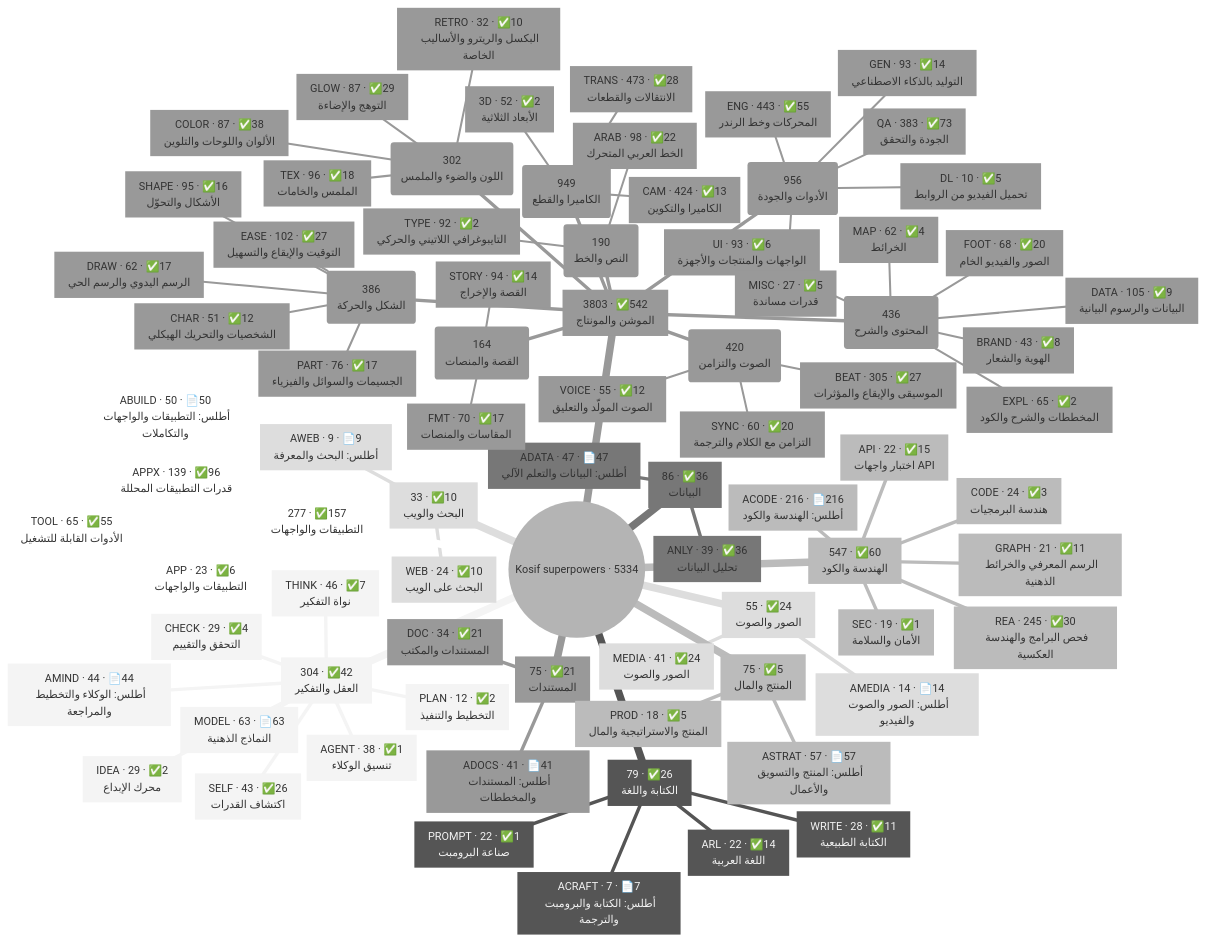
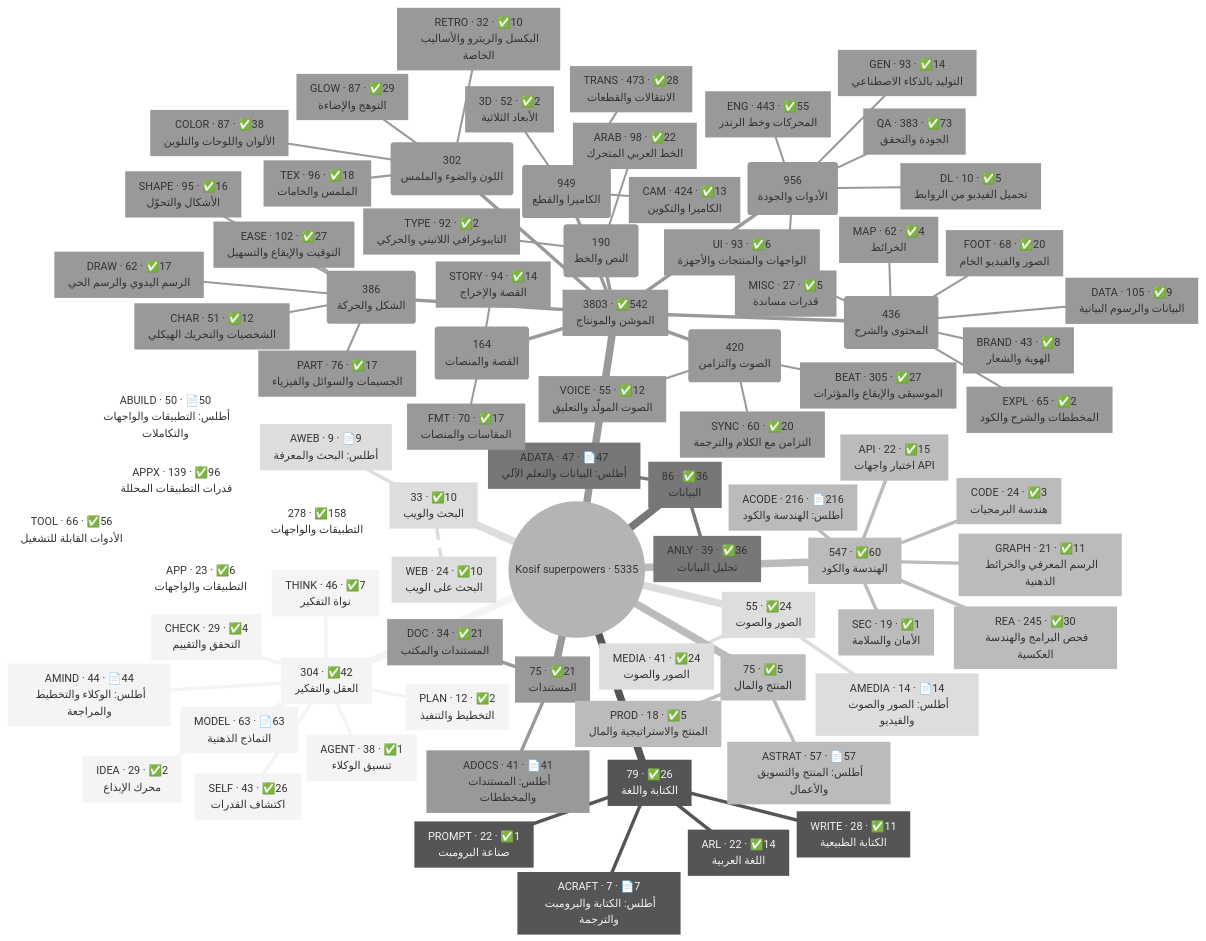
Before and after one commit to kosif199022-jpg/kosif-tool: the first of 2 diagrams in .claude/skills/kosif-superpowers/references/capability-map.md, drawn with Mermaid (neutral theme). The commit also changed other lines of this file and 37 other files, not shown here.

````diff
--- a/.claude/skills/kosif-superpowers/references/capability-map.md
+++ b/.claude/skills/kosif-superpowers/references/capability-map.md
@@ -18,6 +18,6 @@
 ```mermaid
 mindmap
-  root((Kosif superpowers · 5334))
+  root((Kosif superpowers · 5335))
     n1["`304 · ✅42
 العقل والتفكير`"]
       n2["`MODEL · 63 · 📄63
@@ -78,11 +78,11 @@
 البحث على الويب`"]
       n30["`AWEB · 9 · 📄9
 أطلس: البحث والمعرفة`"]
-    n31["`277 · ✅157
+    n31["`278 · ✅158
 التطبيقات والواجهات`"]
       n32["`APPX · 139 · ✅96
 قدرات التطبيقات المحللة`"]
-      n33["`TOOL · 65 · ✅55
+      n33["`TOOL · 66 · ✅56
 الأدوات القابلة للتشغيل`"]
       n34["`ABUILD · 50 · 📄50
 أطلس: التطبيقات والواجهات والتكاملات`"]
````
